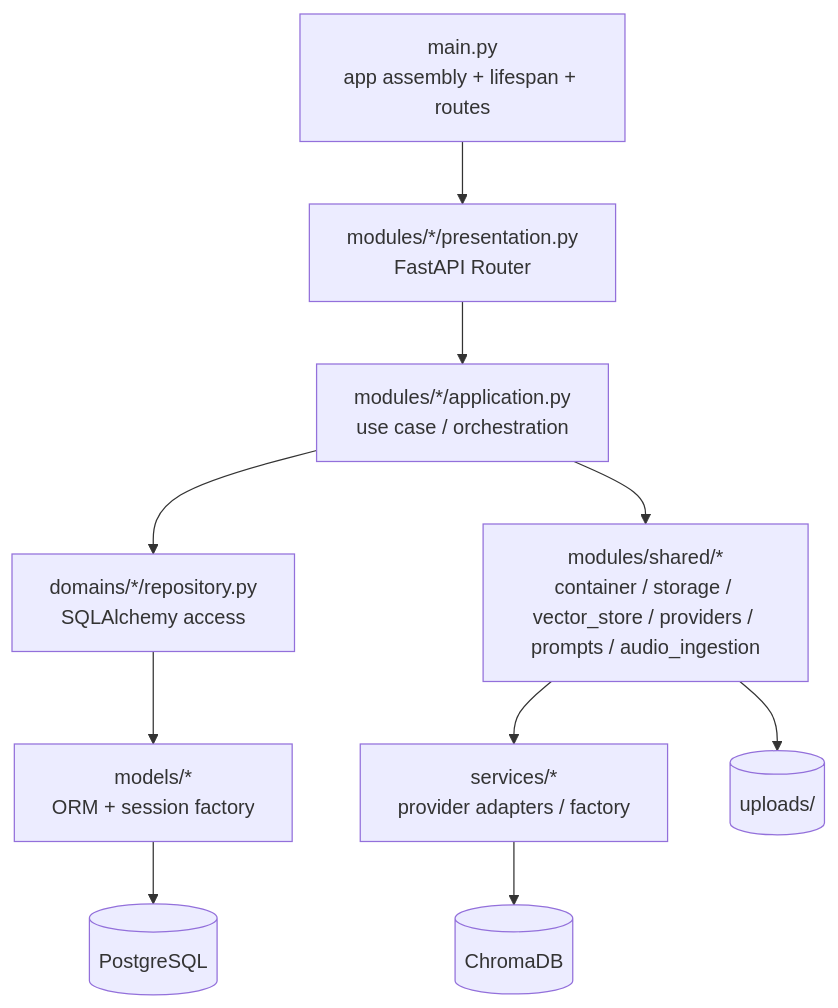
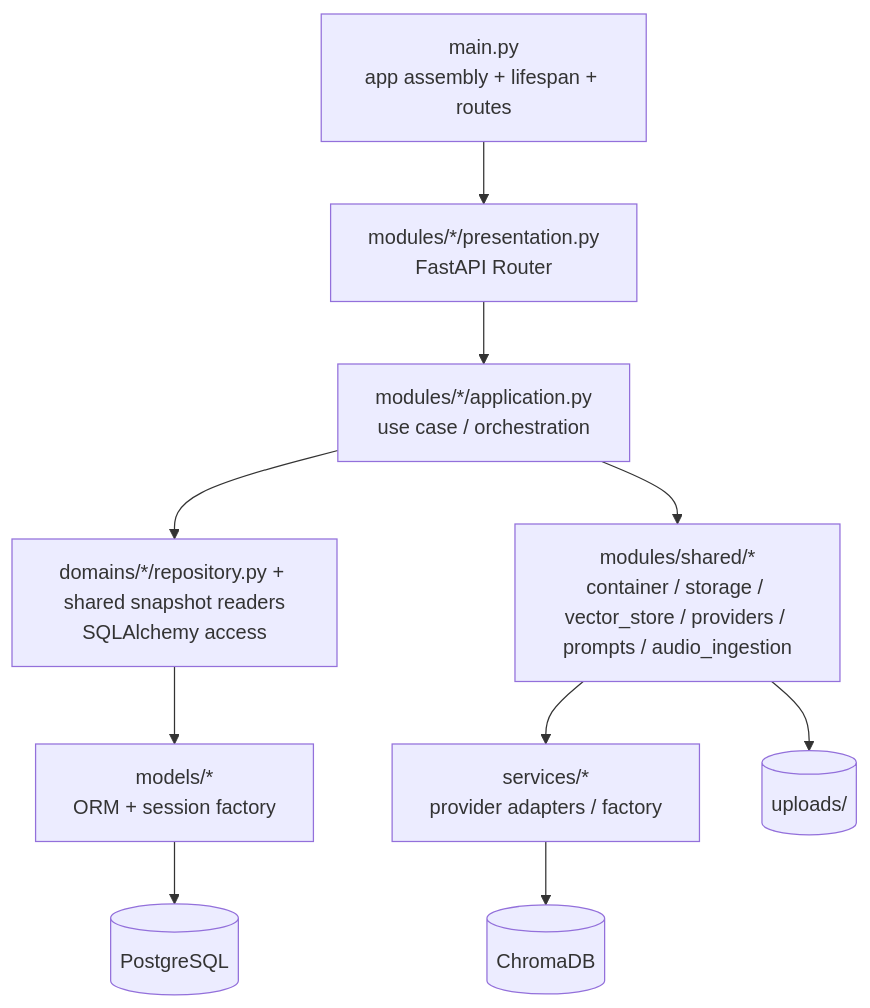
Before and after one commit to YCZA2/SparkFlow: the third of 9 diagrams in memory-bank/architecture.md, drawn with Mermaid. The commit also changed other lines of this file and 21 other files, not shown here.

````diff
--- a/memory-bank/architecture.md
+++ b/memory-bank/architecture.md
@@ -218,23 +220,23 @@
 ```mermaid
 flowchart TD
     MAIN["main.py<br/>app assembly + lifespan + routes"]
     PRE["modules/*/presentation.py<br/>FastAPI Router"]
     APP["modules/*/application.py<br/>use case / orchestration"]
     SHARED["modules/shared/*<br/>container / storage / vector_store / providers / prompts / audio_ingestion"]
-    REPO["domains/*/repository.py<br/>SQLAlchemy access"]
+    REPO["domains/*/repository.py + shared snapshot readers<br/>SQLAlchemy access"]
     MODEL["models/*<br/>ORM + session factory"]
     PROVIDER["services/*<br/>provider adapters / factory"]
     DB[("PostgreSQL")]
     UP[("uploads/")]
     VDB[("ChromaDB")]
 
     MAIN --> PRE
     PRE --> APP
     APP --> REPO
     APP --> SHARED
     SHARED --> PROVIDER
     REPO --> MODEL
     MODEL --> DB
     SHARED --> UP
     PROVIDER --> VDB
 ```
````
